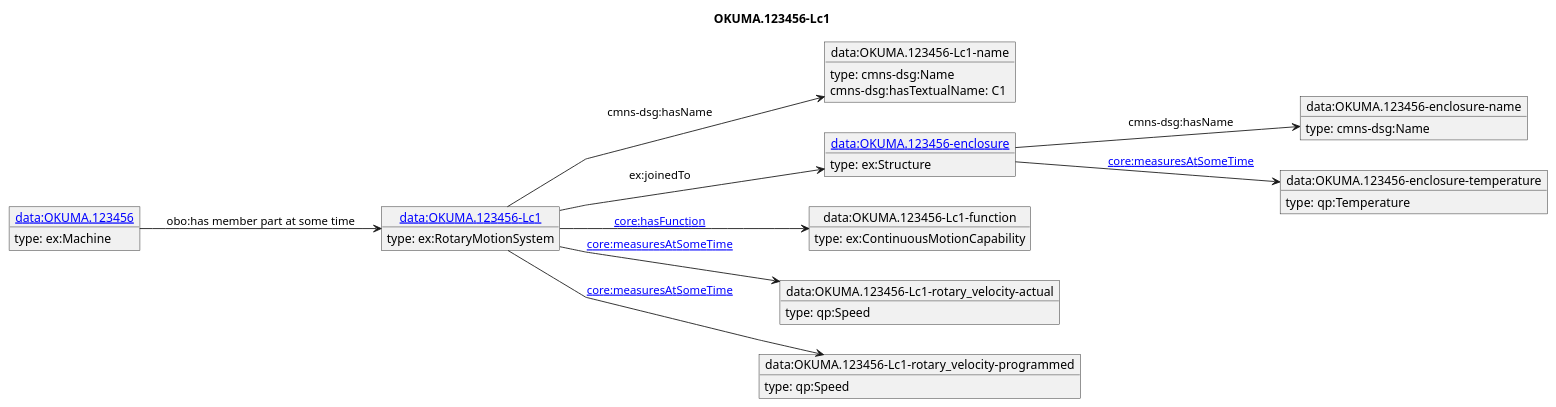
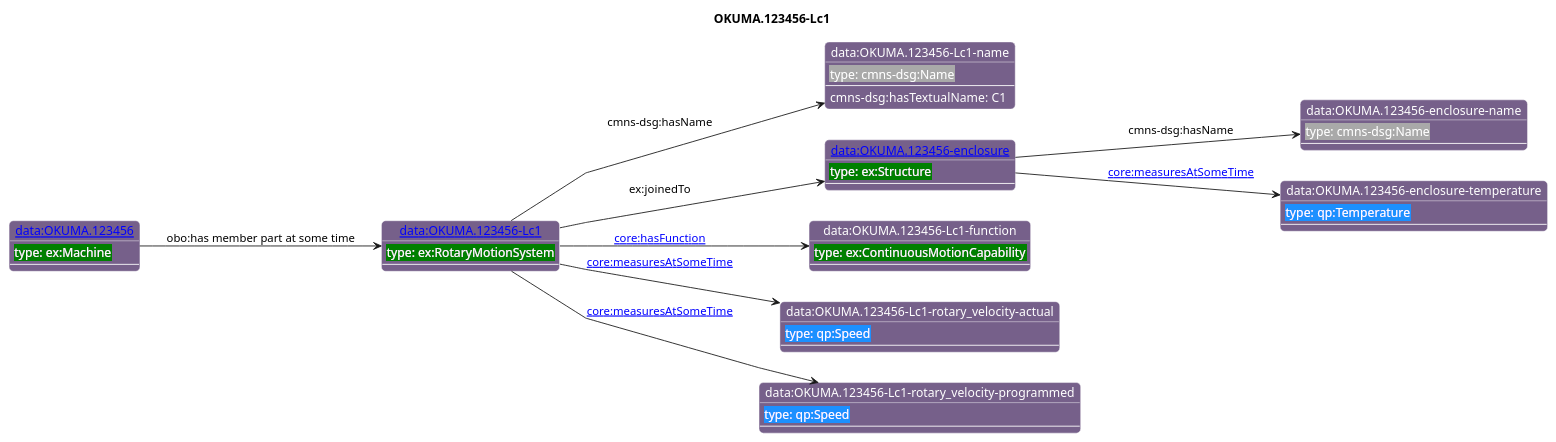
One commit to iofoundry/example-syseng-mtconnect changed the diagram in diagrams/OKUMA.123456-Lc1.puml. Above: the diagram before and after it, drawn with PlantUML. The commit also changed 144 other files, not shown here.

```diff
--- a/diagrams/OKUMA.123456-Lc1.puml
+++ b/diagrams/OKUMA.123456-Lc1.puml
@@ -1,41 +1,67 @@
 @startuml
 skinparam linetype polyline
 left to right direction
 title OKUMA.123456-Lc1
-object "[[./OKUMA.123456-Lc1.html data:OKUMA.123456-Lc1]]" as o1 {
- type: ex:RotaryMotionSystem 
+
+skinparam roundCorner 10
+
+skinparam object {
+  BackgroundColor 76608A
+  fontColor White
+  BorderColor White 
+  FontName Helvetica   
 }
-object "data:OKUMA.123456-Lc1-name" as o2 {
- type: cmns-dsg:Name 
+
+skinparam class{
+   BackgroundColor White
+   fontColor black
+   FontStyle bold
+   FontName Helvetica
 }
-object "[[./OKUMA.123456-enclosure.html data:OKUMA.123456-enclosure]]" as o3 {
- type: ex:Structure 
-}
-object "data:OKUMA.123456-enclosure-name" as o4 {
- type: cmns-dsg:Name 
-}
-object "data:OKUMA.123456-enclosure-temperature" as o5 {
- type: qp:Temperature 
-}
-object "data:OKUMA.123456-Lc1-function" as o6 {
- type: ex:ContinuousMotionCapability 
-}
-object "data:OKUMA.123456-Lc1-rotary_velocity-actual" as o7 {
- type: qp:Speed 
-}
-object "data:OKUMA.123456-Lc1-rotary_velocity-programmed" as o8 {
- type: qp:Speed 
-}
-object "[[./OKUMA.123456.html data:OKUMA.123456]]" as o9 {
- type: ex:Machine 
-}
+
+object "[[./OKUMA.123456-Lc1.html data:OKUMA.123456-Lc1]]" as o1 #76608A {
+ <back:#Green>type: ex:RotaryMotionSystem</back> 
+---
+ }
+object "data:OKUMA.123456-Lc1-name" as o2 #76608A {
+ <back:#DarkGrey>type: cmns-dsg:Name</back> 
+---
+ }
+object "[[./OKUMA.123456-enclosure.html data:OKUMA.123456-enclosure]]" as o3 #76608A {
+ <back:#Green>type: ex:Structure</back> 
+---
+ }
+object "data:OKUMA.123456-enclosure-name" as o4 #76608A {
+ <back:#DarkGrey>type: cmns-dsg:Name</back> 
+---
+ }
+object "data:OKUMA.123456-enclosure-temperature" as o5 #76608A {
+ <back:#1E90FF>type: qp:Temperature</back> 
+---
+ }
+object "data:OKUMA.123456-Lc1-function" as o6 #76608A {
+ <back:#Green>type: ex:ContinuousMotionCapability</back> 
+---
+ }
+object "data:OKUMA.123456-Lc1-rotary_velocity-actual" as o7 #76608A {
+ <back:#1E90FF>type: qp:Speed</back> 
+---
+ }
+object "data:OKUMA.123456-Lc1-rotary_velocity-programmed" as o8 #76608A {
+ <back:#1E90FF>type: qp:Speed</back> 
+---
+ }
+object "[[./OKUMA.123456.html data:OKUMA.123456]]" as o9 #76608A {
+ <back:#Green>type: ex:Machine</back> 
+---
+ }
 o1 --> o2 : cmns-dsg:hasName
 o2 : cmns-dsg:hasTextualName: C1
 o1 --> o3 : ex:joinedTo
 o3 --> o4 : cmns-dsg:hasName
 o3 --> o5 : [[https://spec.industrialontologies.org/ontology/core/Core/measuresAtSomeTime core:measuresAtSomeTime]]
 o1 --> o6 : [[https://spec.industrialontologies.org/ontology/core/Core/hasFunction core:hasFunction]]
 o1 --> o7 : [[https://spec.industrialontologies.org/ontology/core/Core/measuresAtSomeTime core:measuresAtSomeTime]]
 o1 --> o8 : [[https://spec.industrialontologies.org/ontology/core/Core/measuresAtSomeTime core:measuresAtSomeTime]]
 o9 --> o1 : obo:has member part at some time
 @enduml
```
